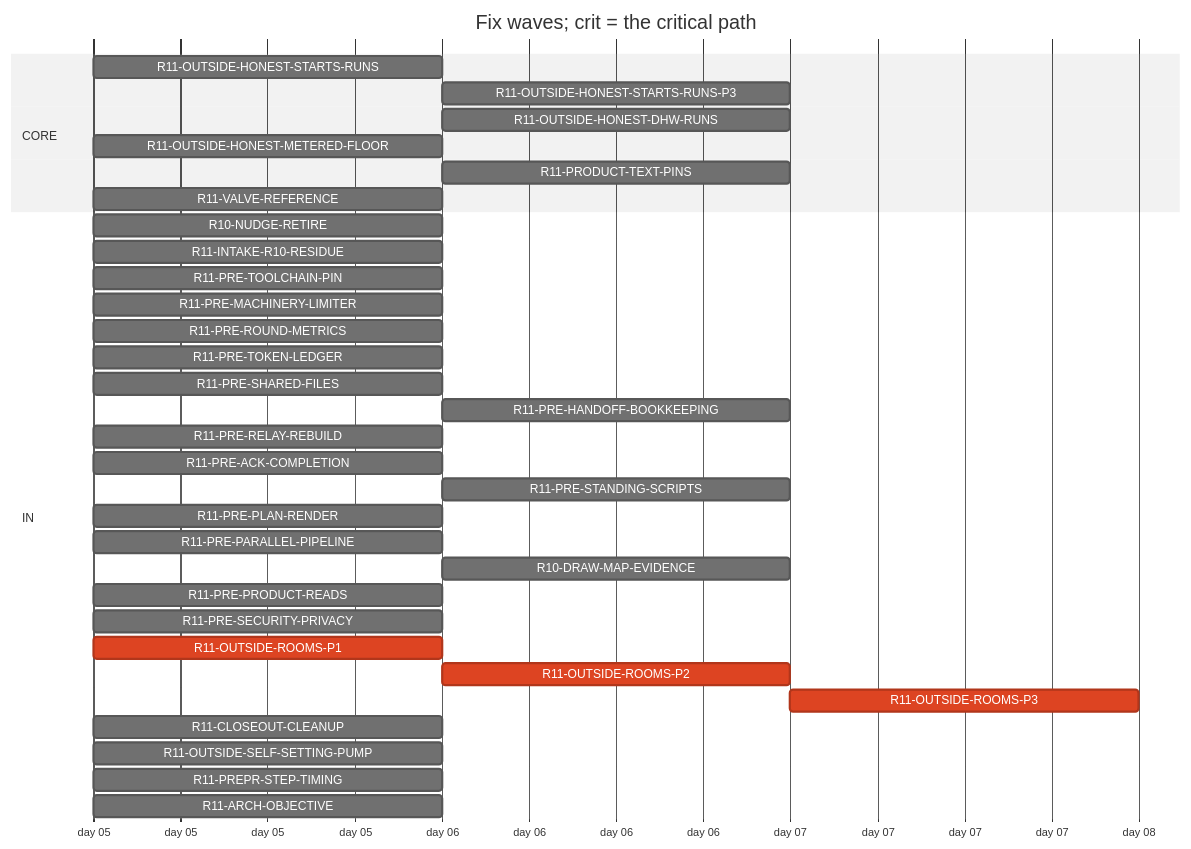
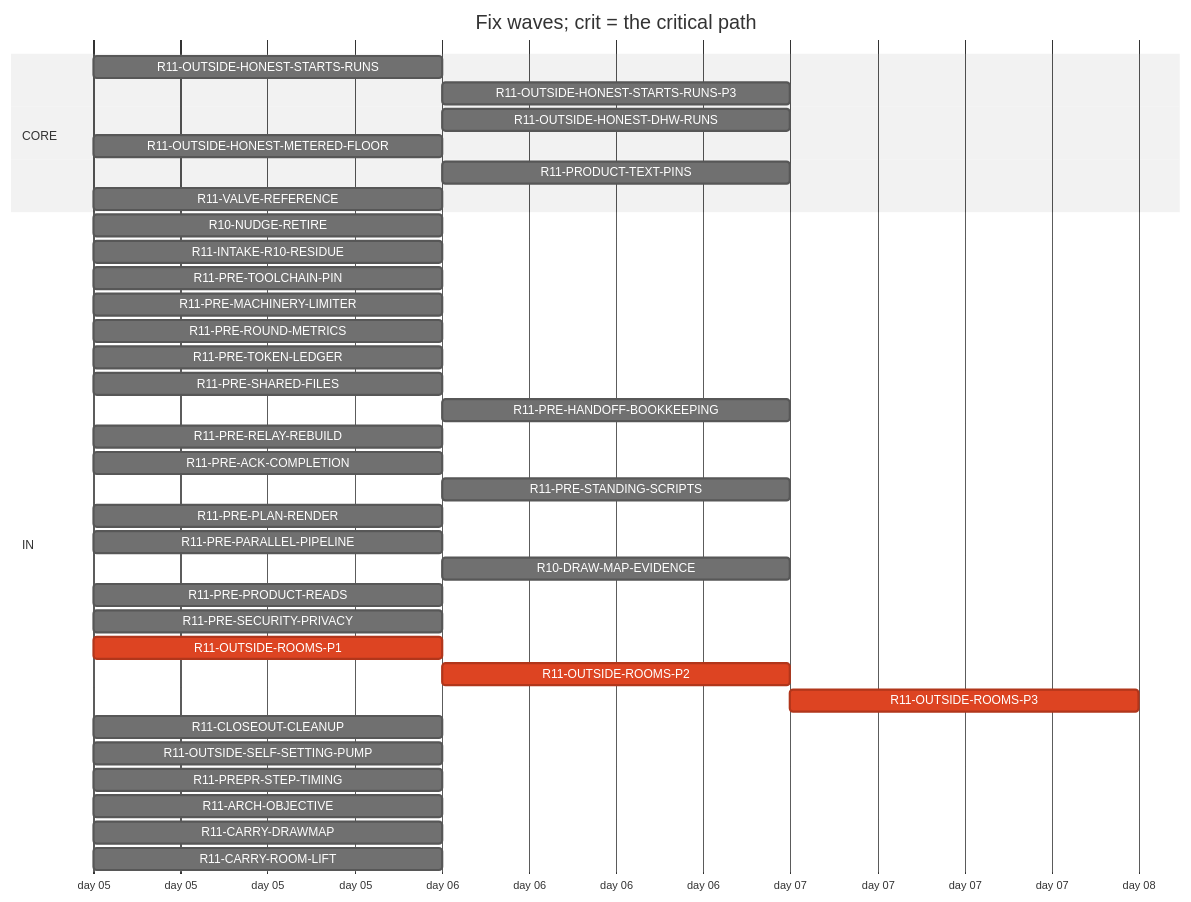
Before and after one commit to tvofi/heatpump_optimizer: the diagram in handoff/round11/state/PLAN-TABLE.md, drawn with Mermaid (neutral theme). The commit also changed other lines of this file and 4 other files, not shown here.

Commit message:
state: FLOW-BOARD.md, NEXT-SESSION-PROMPT.md, PLAN-TABLE.md, PLAN.html, RESUME-CURRENT.md regenerated (state_docs.py)

````diff
--- a/handoff/round11/state/PLAN-TABLE.md
+++ b/handoff/round11/state/PLAN-TABLE.md
@@ -15,37 +15,39 @@
 ```mermaid
 gantt
   title Fix waves; crit = the critical path
   dateFormat YYYY-MM-DD
   axisFormat day %d
   section CORE
     R11-OUTSIDE-HONEST-STARTS-RUNS :r11OUTSIDEHONESTSTARTSRUNS, 2026-01-05, 1d
     R11-OUTSIDE-HONEST-STARTS-RUNS-P3 :r11OUTSIDEHONESTSTARTSRUNSP3, after r11OUTSIDEHONESTSTARTSRUNS, 1d
     R11-OUTSIDE-HONEST-DHW-RUNS :r11OUTSIDEHONESTDHWRUNS, after r11OUTSIDEHONESTSTARTSRUNS, 1d
     R11-OUTSIDE-HONEST-METERED-FLOOR :r11OUTSIDEHONESTMETEREDFLOOR, 2026-01-05, 1d
     R11-PRODUCT-TEXT-PINS :r11PRODUCTTEXTPINS, after r11OUTSIDEROOMSP1, 1d
     R11-VALVE-REFERENCE :r11VALVEREFERENCE, 2026-01-05, 1d
   section IN
     R10-NUDGE-RETIRE :r10NUDGERETIRE, 2026-01-05, 1d
     R11-INTAKE-R10-RESIDUE :r11INTAKER10RESIDUE, 2026-01-05, 1d
     R11-PRE-TOOLCHAIN-PIN :r11PRETOOLCHAINPIN, 2026-01-05, 1d
     R11-PRE-MACHINERY-LIMITER :r11PREMACHINERYLIMITER, 2026-01-05, 1d
     R11-PRE-ROUND-METRICS :r11PREROUNDMETRICS, 2026-01-05, 1d
     R11-PRE-TOKEN-LEDGER :r11PRETOKENLEDGER, 2026-01-05, 1d
     R11-PRE-SHARED-FILES :r11PRESHAREDFILES, 2026-01-05, 1d
     R11-PRE-HANDOFF-BOOKKEEPING :r11PREHANDOFFBOOKKEEPING, after r11PRERELAYREBUILD, 1d
     R11-PRE-RELAY-REBUILD :r11PRERELAYREBUILD, 2026-01-05, 1d
     R11-PRE-ACK-COMPLETION :r11PREACKCOMPLETION, 2026-01-05, 1d
     R11-PRE-STANDING-SCRIPTS :r11PRESTANDINGSCRIPTS, after r11PREPARALLELPIPELINE, 1d
     R11-PRE-PLAN-RENDER :r11PREPLANRENDER, 2026-01-05, 1d
     R11-PRE-PARALLEL-PIPELINE :r11PREPARALLELPIPELINE, 2026-01-05, 1d
     R10-DRAW-MAP-EVIDENCE :r10DRAWMAPEVIDENCE, after r11OUTSIDESELFSETTINGPUMP, 1d
     R11-PRE-PRODUCT-READS :r11PREPRODUCTREADS, 2026-01-05, 1d
     R11-PRE-SECURITY-PRIVACY :r11PRESECURITYPRIVACY, 2026-01-05, 1d
     R11-OUTSIDE-ROOMS-P1 :crit, r11OUTSIDEROOMSP1, 2026-01-05, 1d
     R11-OUTSIDE-ROOMS-P2 :crit, r11OUTSIDEROOMSP2, after r11OUTSIDEROOMSP1, 1d
     R11-OUTSIDE-ROOMS-P3 :crit, r11OUTSIDEROOMSP3, after r11OUTSIDEROOMSP2, 1d
     R11-CLOSEOUT-CLEANUP :r11CLOSEOUTCLEANUP, 2026-01-05, 1d
     R11-OUTSIDE-SELF-SETTING-PUMP :r11OUTSIDESELFSETTINGPUMP, 2026-01-05, 1d
     R11-PREPR-STEP-TIMING :r11PREPRSTEPTIMING, 2026-01-05, 1d
     R11-ARCH-OBJECTIVE :r11ARCHOBJECTIVE, 2026-01-05, 1d
+    R11-CARRY-DRAWMAP :r11CARRYDRAWMAP, 2026-01-05, 1d
+    R11-CARRY-ROOM-LIFT :r11CARRYROOMLIFT, 2026-01-05, 1d
 ```
````
